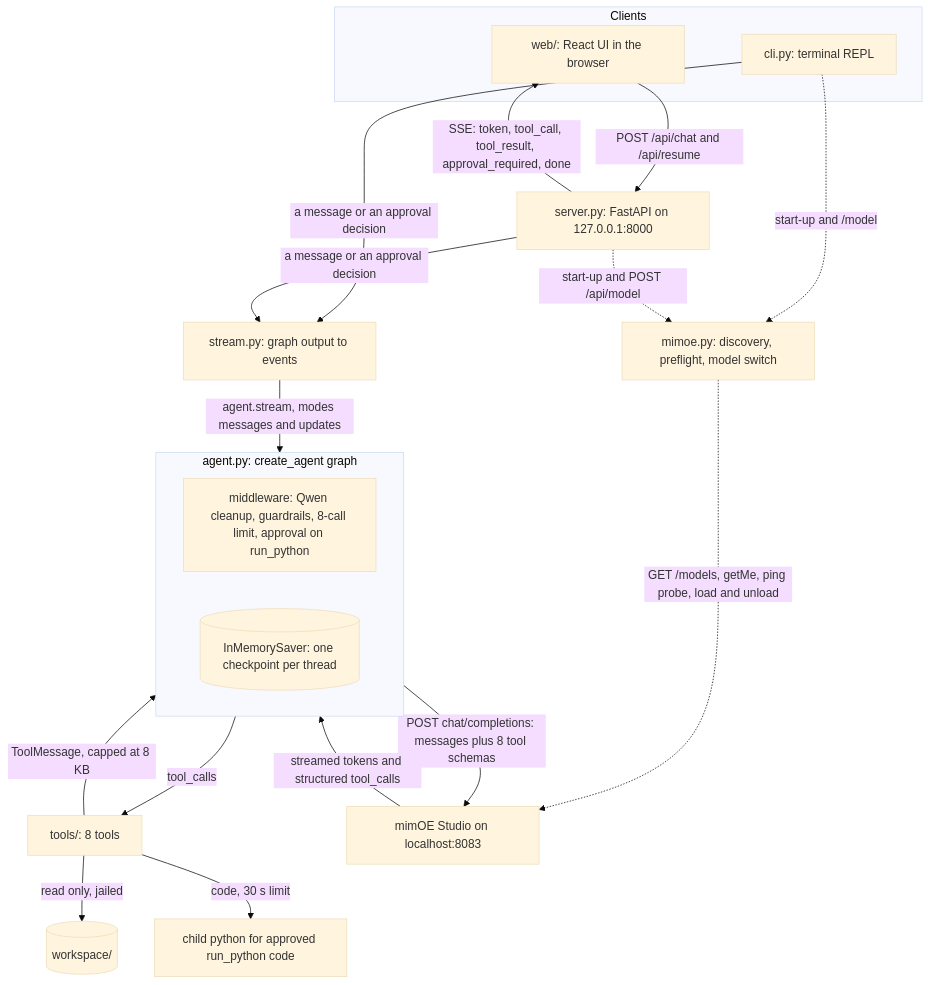
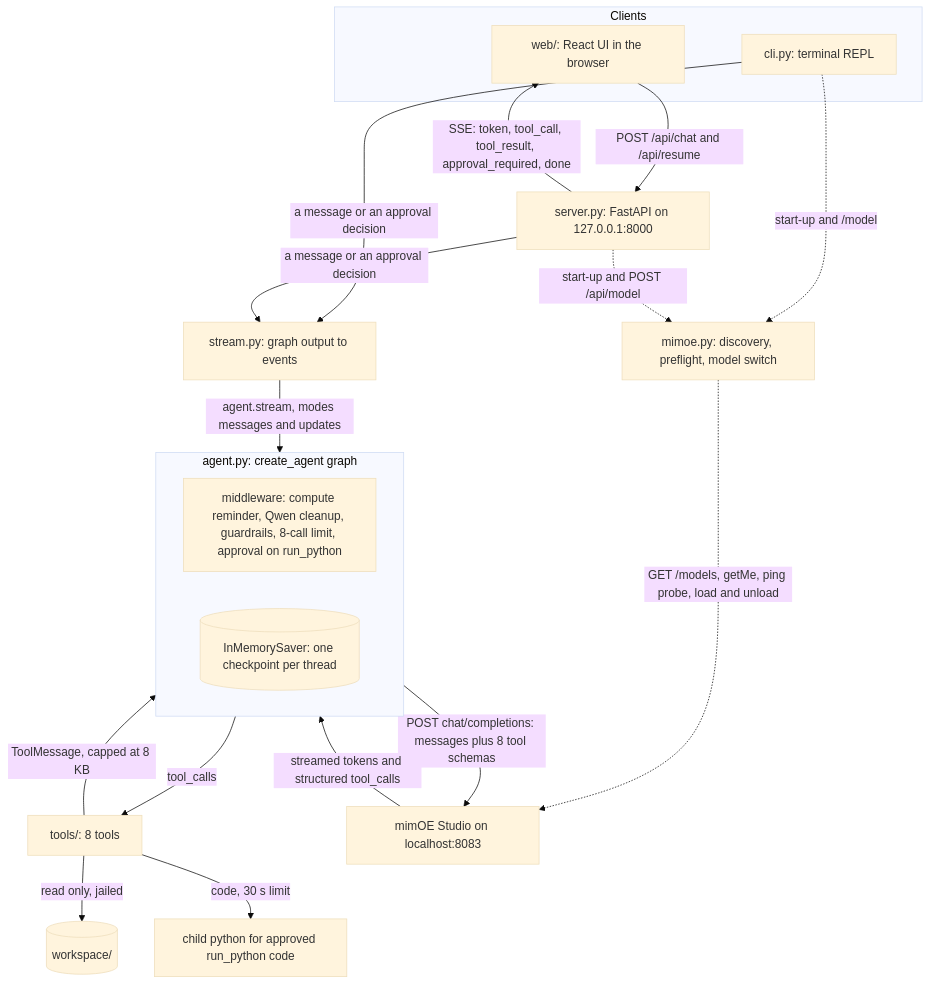
Before and after one commit to dalisyron/mimoe-langchain-agent: the second of 3 diagrams in README.md, drawn with Mermaid (base theme). The commit also changed other lines of this file and 9 other files, not shown here.

First line of the commit message:
fix: small sums go to a tool, and the model knows run_python can write files

````diff
--- a/README.md
+++ b/README.md
@@ -207,33 +208,33 @@
 ```mermaid
 flowchart TB
     subgraph clients["Clients"]
         CLI["cli.py: terminal REPL"]
         UI["web/: React UI in the browser"]
     end
     API["server.py: FastAPI on 127.0.0.1:8000"]
     ST["stream.py: graph output to events"]
     subgraph AGENT["agent.py: create_agent graph"]
-        MW["middleware: Qwen cleanup, guardrails, 8-call limit, approval on run_python"]
+        MW["middleware: compute reminder, Qwen cleanup, guardrails, 8-call limit, approval on run_python"]
         CK[("InMemorySaver: one checkpoint per thread")]
     end
     TOOLS["tools/: 8 tools"]
     WS[("workspace/")]
     PY["child python for approved run_python code"]
     PRE["mimoe.py: discovery, preflight, model switch"]
     EP["mimOE Studio on localhost:8083"]
 
     UI -->|"POST /api/chat and /api/resume"| API
     API -->|"SSE: token, tool_call, tool_result, approval_required, done"| UI
     CLI -->|"a message or an approval decision"| ST
     API -->|"a message or an approval decision"| ST
     ST -->|"agent.stream, modes messages and updates"| AGENT
     AGENT -->|"POST chat/completions: messages plus 8 tool schemas"| EP
     EP -->|"streamed tokens and structured tool_calls"| AGENT
     AGENT -->|"tool_calls"| TOOLS
     TOOLS -->|"ToolMessage, capped at 8 KB"| AGENT
     TOOLS -->|"read only, jailed"| WS
     TOOLS -->|"code, 30 s limit"| PY
     CLI -.->|"start-up and /model"| PRE
     API -.->|"start-up and POST /api/model"| PRE
     PRE -.->|"GET /models, getMe, ping probe, load and unload"| EP
 ```
````
